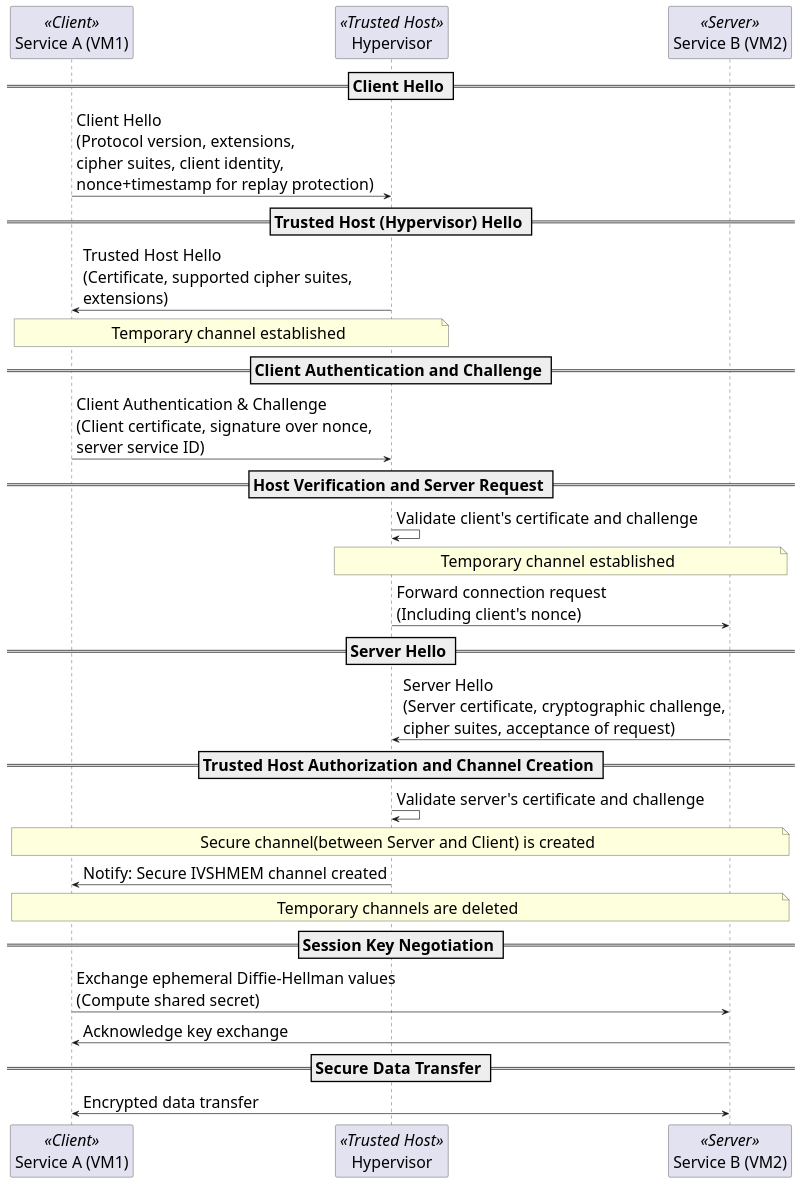
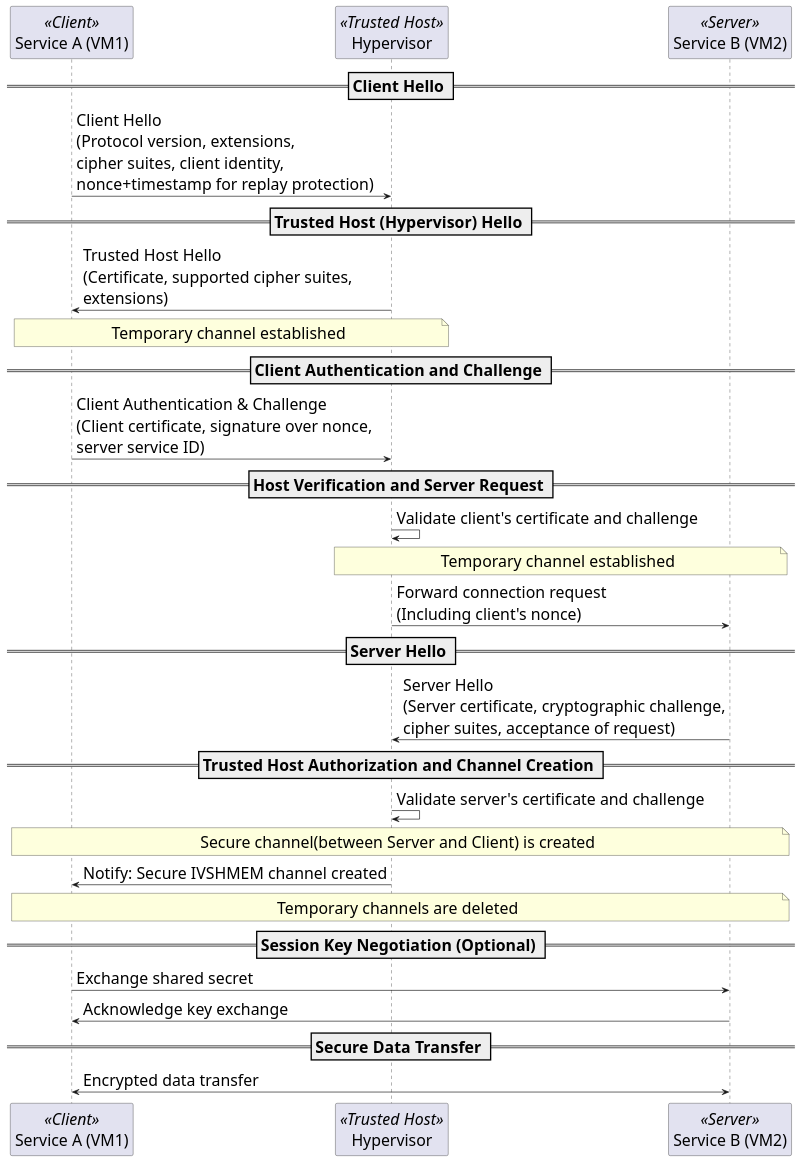
The diagram in assets/umls/secure_protocol.puml (5yearsKim/SecureIVSHMEM), drawn with PlantUML before and after one commit. The commit also changed 4 other files, not shown here.

Commit message:
adding figure

```diff
--- a/assets/umls/secure_protocol.puml
+++ b/assets/umls/secure_protocol.puml
@@ -1,43 +1,43 @@
 @startuml Channel Protocol
 skinparam participantStyle rectangle
 skinparam defaultFontSize 24 
 
 
 participant "Service A (VM1)" as Client <<Client>>
 participant "Hypervisor" as Host <<Trusted Host>>
 participant "Service B (VM2)" as Server <<Server>>
 
 
 == Client Hello ==
 Client -> Host : Client Hello\n(Protocol version, extensions,\ncipher suites, client identity,\nnonce+timestamp for replay protection)
 
 == Trusted Host (Hypervisor) Hello ==
 Host -> Client : Trusted Host Hello\n(Certificate, supported cipher suites,\nextensions)
 note over Client,Host: Temporary channel established
 
 == Client Authentication and Challenge ==
 Client -> Host : Client Authentication & Challenge\n(Client certificate, signature over nonce,\nserver service ID)
 
 == Host Verification and Server Request ==
 Host -> Host : Validate client's certificate and challenge
 note over Host,Server: Temporary channel established
 Host -> Server : Forward connection request\n(Including client's nonce)
 
 == Server Hello ==
 Server -> Host : Server Hello\n(Server certificate, cryptographic challenge,\ncipher suites, acceptance of request)
 
 == Trusted Host Authorization and Channel Creation ==
 Host -> Host : Validate server's certificate and challenge
 note over Client,Server: Secure channel(between Server and Client) is created
 Host -> Client : Notify: Secure IVSHMEM channel created
 note over Client,Server: Temporary channels are deleted
 
-== Session Key Negotiation ==
-Client -> Server : Exchange ephemeral Diffie-Hellman values\n(Compute shared secret)
+== Session Key Negotiation (Optional) ==
+Client -> Server : Exchange shared secret
 Server -> Client : Acknowledge key exchange
 
 == Secure Data Transfer ==
 Client <-> Server : Encrypted data transfer
 
 
 @enduml
```
